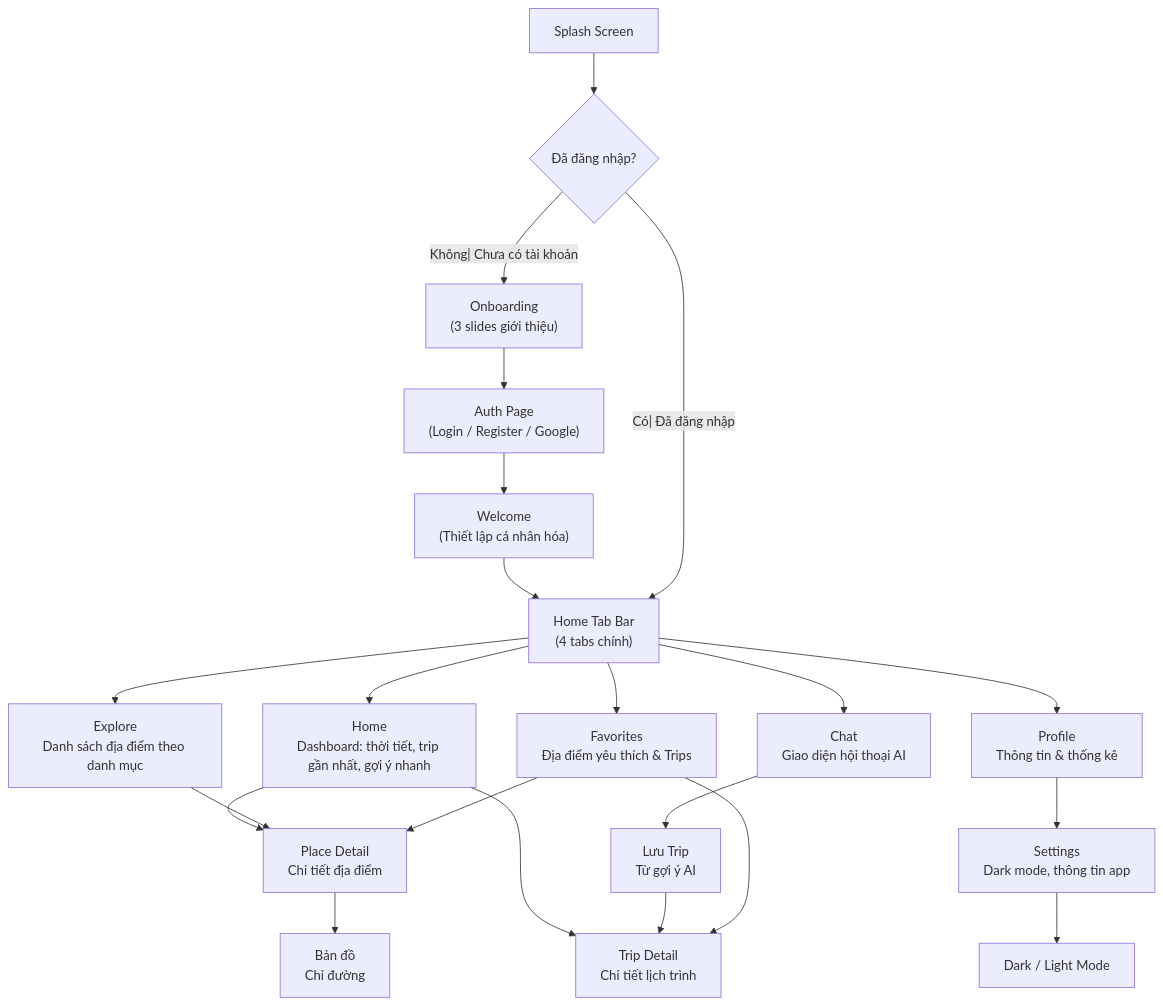
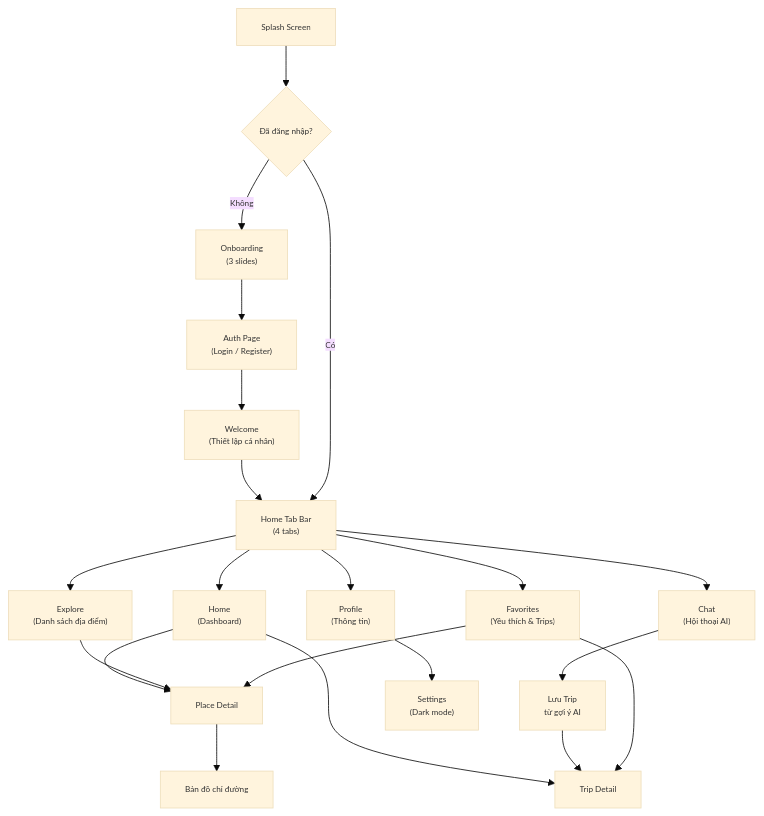
The fourth of 4 diagrams in bao_cao_cuoi_ky_chatbot_dalat.md (intekaih/chatbot-dalat), drawn with Mermaid before and after one commit. The commit also changed other lines of this file, not shown here.

````diff
--- a/bao_cao_cuoi_ky_chatbot_dalat.md
+++ b/bao_cao_cuoi_ky_chatbot_dalat.md
@@ -578,46 +552,42 @@
 ```mermaid
+%%{init:{'theme':'base','themeVariables':{'fontSize':'10px'}}}%%
 flowchart TD
     SPLASH["Splash Screen"]
     SPLASH --> AUTH_CHECK{"Đã đăng nhập?"}
 
-    AUTH_CHECK -->|"Không| Chưa có tài khoản"| ONBOARD["Onboarding
-(3 slides giới thiệu)"]
+    AUTH_CHECK -->|"Không"| ONBOARD["Onboarding
+(3 slides)"]
     ONBOARD --> AUTH["Auth Page
-(Login / Register / Google)"]
+(Login / Register)"]
     AUTH --> WELCOME["Welcome
-(Thiết lập cá nhân hóa)"]
+(Thiết lập cá nhân)"]
     WELCOME --> HOME_TABS
 
-    AUTH_CHECK -->|"Có| Đã đăng nhập"| HOME_TABS["Home Tab Bar
-(4 tabs chính)"]
+    AUTH_CHECK -->|"Có"| HOME_TABS["Home Tab Bar
+(4 tabs)"]
 
     HOME_TABS --> HOME["Home
-Dashboard: thời tiết, trip gần nhất, gợi ý nhanh"]
+(Dashboard)"]
     HOME_TABS --> EXPLORE["Explore
-Danh sách địa điểm theo danh mục"]
+(Danh sách địa điểm)"]
     HOME_TABS --> CHAT["Chat
-Giao diện hội thoại AI"]
+(Hội thoại AI)"]
     HOME_TABS --> PROFILE["Profile
-Thông tin & thống kê"]
+(Thông tin)"]
 
-    HOME --> PLACE_DETAIL["Place Detail
-Chi tiết địa điểm"]
+    HOME --> PLACE_DETAIL["Place Detail"]
     EXPLORE --> PLACE_DETAIL
-    PLACE_DETAIL --> MAP["Bản đồ
-Chỉ đường"]
+    PLACE_DETAIL --> MAP["Bản đồ chỉ đường"]
 
-    HOME --> TRIP_DETAIL["Trip Detail
-Chi tiết lịch trình"]
+    HOME --> TRIP_DETAIL["Trip Detail"]
     CHAT --> TRIP_SAVE["Lưu Trip
-Từ gợi ý AI"]
+từ gợi ý AI"]
     TRIP_SAVE --> TRIP_DETAIL
 
     PROFILE --> SETTINGS["Settings
-Dark mode, thông tin app"]
-    SETTINGS --> DARK["Dark / Light Mode"]
-
+(Dark mode)"]
     HOME_TABS --> FAVORITES["Favorites
-Địa điểm yêu thích & Trips"]
+(Yêu thích & Trips)"]
     FAVORITES --> PLACE_DETAIL
     FAVORITES --> TRIP_DETAIL
 ```
````
